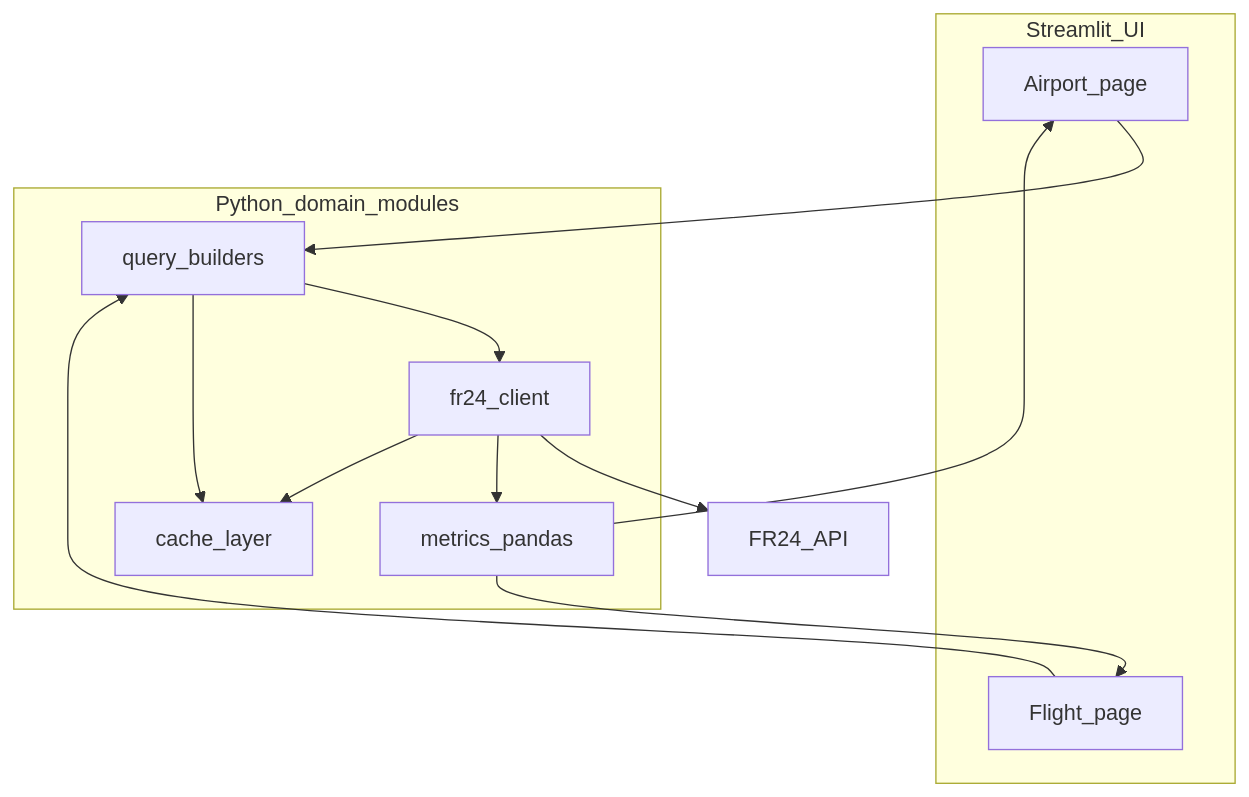
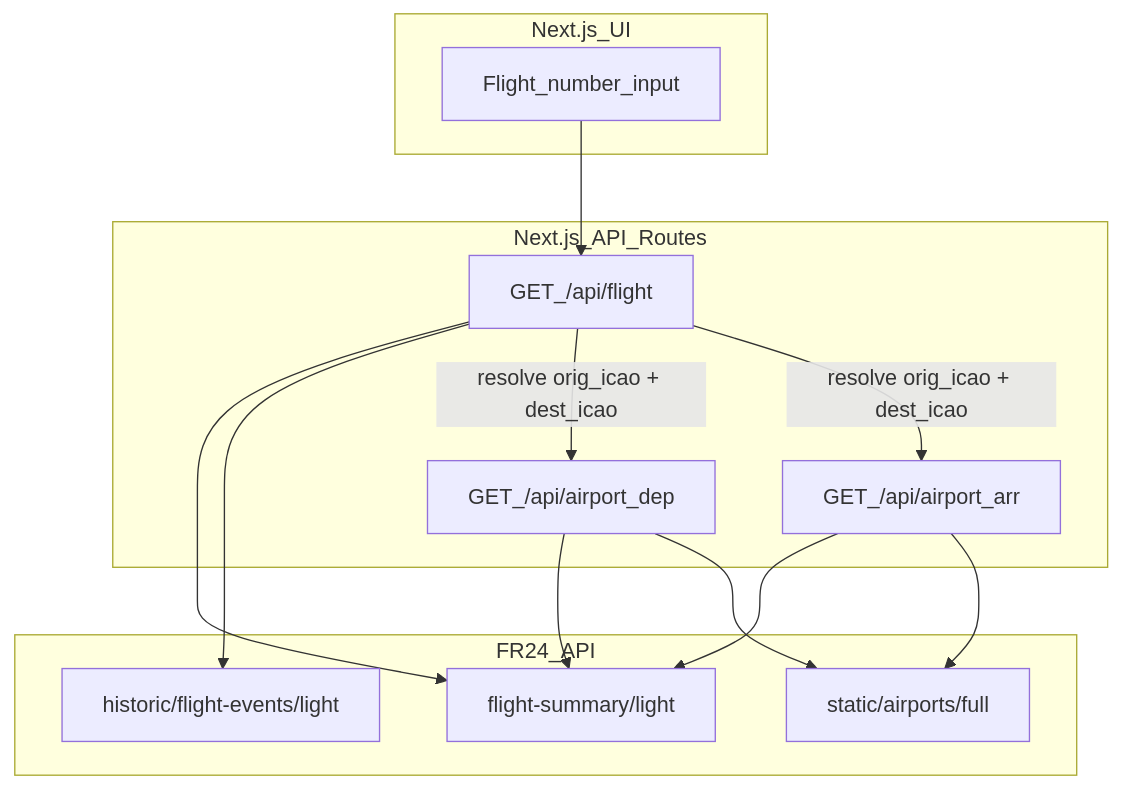
The first of 2 diagrams in docs/FR24_AIR_TRAFFIC_BRD.md (df-3087/hello-world-666), drawn with Mermaid before and after one commit. The commit also changed other lines of this file, not shown here.

````diff
--- a/docs/FR24_AIR_TRAFFIC_BRD.md
+++ b/docs/FR24_AIR_TRAFFIC_BRD.md
@@ -332,22 +365,25 @@
 ```mermaid
 flowchart TB
-  subgraph ui [Streamlit_UI]
-    P1[Airport_page]
-    P2[Flight_page]
+  subgraph ui [Next.js_UI]
+    I[Flight_number_input]
   end
-  subgraph domain [Python_domain_modules]
-    Q[query_builders]
-    C[fr24_client]
-    M[metrics_pandas]
-    K[cache_layer]
+  subgraph apis [Next.js_API_Routes]
+    FA[GET_/api/flight]
+    AA[GET_/api/airport_dep]
+    AB[GET_/api/airport_arr]
   end
-  P1 --> Q
-  P2 --> Q
-  Q --> C
-  C --> FR24[FR24_API]
-  C --> M
-  M --> P1
-  M --> P2
-  Q --> K
-  C --> K
+  subgraph fr24 [FR24_API]
+    FS[flight-summary/light]
+    FE[historic/flight-events/light]
+    AP[static/airports/full]
+  end
+  I --> FA
+  FA --> FS
+  FA --> FE
+  FA -->|"resolve orig_icao + dest_icao"| AA
+  FA -->|"resolve orig_icao + dest_icao"| AB
+  AA --> FS
+  AA --> AP
+  AB --> FS
+  AB --> AP
 ```
````
